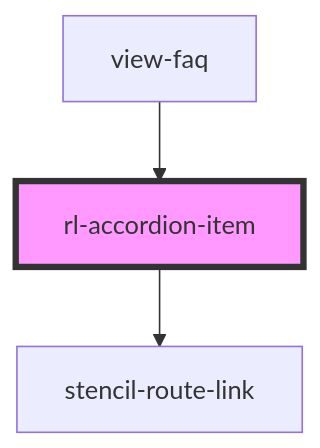
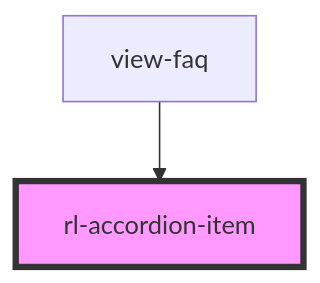
One commit to torontomulibrary/building-info-system changed the diagram in src/components/accordion-item/readme.md. Above: the diagram before and after it, drawn with Mermaid. The commit also changed other lines of this file and 5 other files, not shown here.

````diff
--- a/src/components/accordion-item/readme.md
+++ b/src/components/accordion-item/readme.md
@@ -61,6 +57,5 @@
 ```mermaid
 graph TD;
-  rl-accordion-item --> stencil-route-link
   view-faq --> rl-accordion-item
   style rl-accordion-item fill:#f9f,stroke:#333,stroke-width:4px
 ```
````
